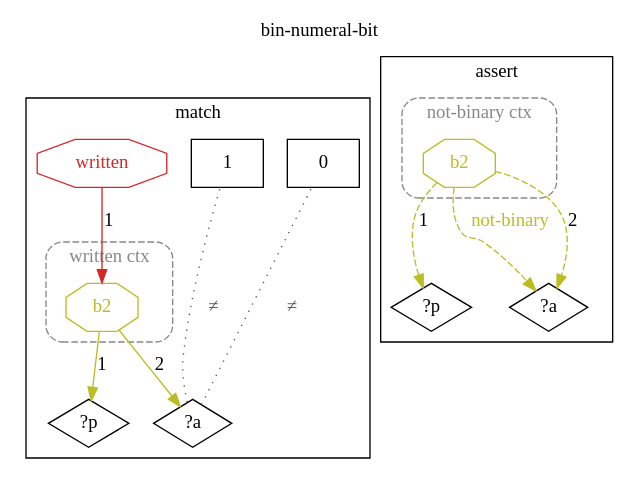
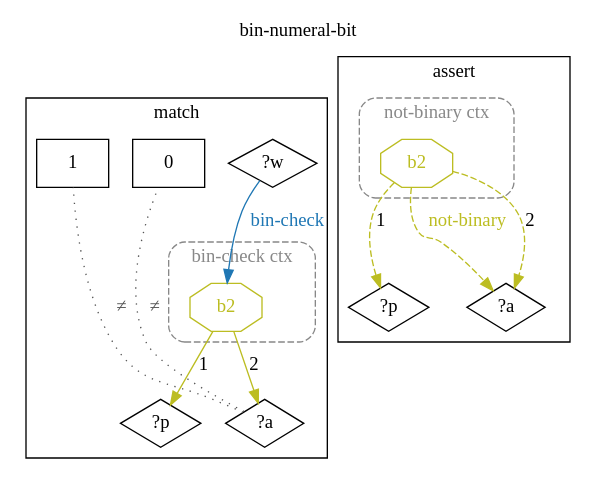
Before and after one commit to agutikov/ein: the diagram in docs/ein/user/04-reference/04-stdlib/diagrams/15-std.math.binary.bin-numeral-bit.dot, drawn with Graphviz. The commit also changed 250 other files, not shown here.

```diff
--- a/docs/ein/user/04-reference/04-stdlib/diagrams/15-std.math.binary.bin-numeral-bit.dot
+++ b/docs/ein/user/04-reference/04-stdlib/diagrams/15-std.math.binary.bin-numeral-bit.dot
@@ -1,31 +1,31 @@
 digraph rule_bin_numeral_bit_lhs_rhs {
   rankdir=TB;
   label="bin-numeral-bit"; labelloc=t;
   subgraph cluster_lhs { label="match";
+    "?w_L" [label="?w", shape=diamond];
     "?p_L" [label="?p", shape=diamond];
     "?a_L" [label="?a", shape=diamond];
     "0_L" [label="0", shape=rectangle];
     "1_L" [label="1", shape=rectangle];
     subgraph cluster_ctx_L_0 {
-      label="written ctx"; style="dashed,rounded"; color="#888888"; fontcolor="#888888";
+      label="bin-check ctx"; style="dashed,rounded"; color="#888888"; fontcolor="#888888";
       "(b2 ?p ?a)_L" [shape=octagon, label="b2", color="#bcbd22", fontcolor="#bcbd22"];
     }
-    "h1_written_L" [shape=octagon, label="written", color="#d62728", fontcolor="#d62728"];
-    "h1_written_L" -> "(b2 ?p ?a)_L" [label="1", color="#d62728"];
+    "?w_L" -> "(b2 ?p ?a)_L" [label="bin-check", color="#1f77b4", fontcolor="#1f77b4"];
     "?a_L" -> "0_L" [label="≠", dir=none, style=dotted, color="#555555", fontcolor="#555555", constraint=false];
     "?a_L" -> "1_L" [label="≠", dir=none, style=dotted, color="#555555", fontcolor="#555555", constraint=false];
     "(b2 ?p ?a)_L" -> "?p_L" [label="1", color="#bcbd22"];
     "(b2 ?p ?a)_L" -> "?a_L" [label="2", color="#bcbd22"];
   }
   subgraph cluster_rhs { label="assert";
     "?p_R" [label="?p", shape=diamond];
     "?a_R" [label="?a", shape=diamond];
     subgraph cluster_ctx_R_0 {
       label="not-binary ctx"; style="dashed,rounded"; color="#888888"; fontcolor="#888888";
       "(b2 ?p ?a)_R" [shape=octagon, label="b2", color="#bcbd22", fontcolor="#bcbd22"];
     }
     "(b2 ?p ?a)_R" -> "?a_R" [label="not-binary", color="#bcbd22", fontcolor="#bcbd22", style=dashed];
     "(b2 ?p ?a)_R" -> "?p_R" [label="1", color="#bcbd22", style=dashed];
     "(b2 ?p ?a)_R" -> "?a_R" [label="2", color="#bcbd22", style=dashed];
   }
 }
```
